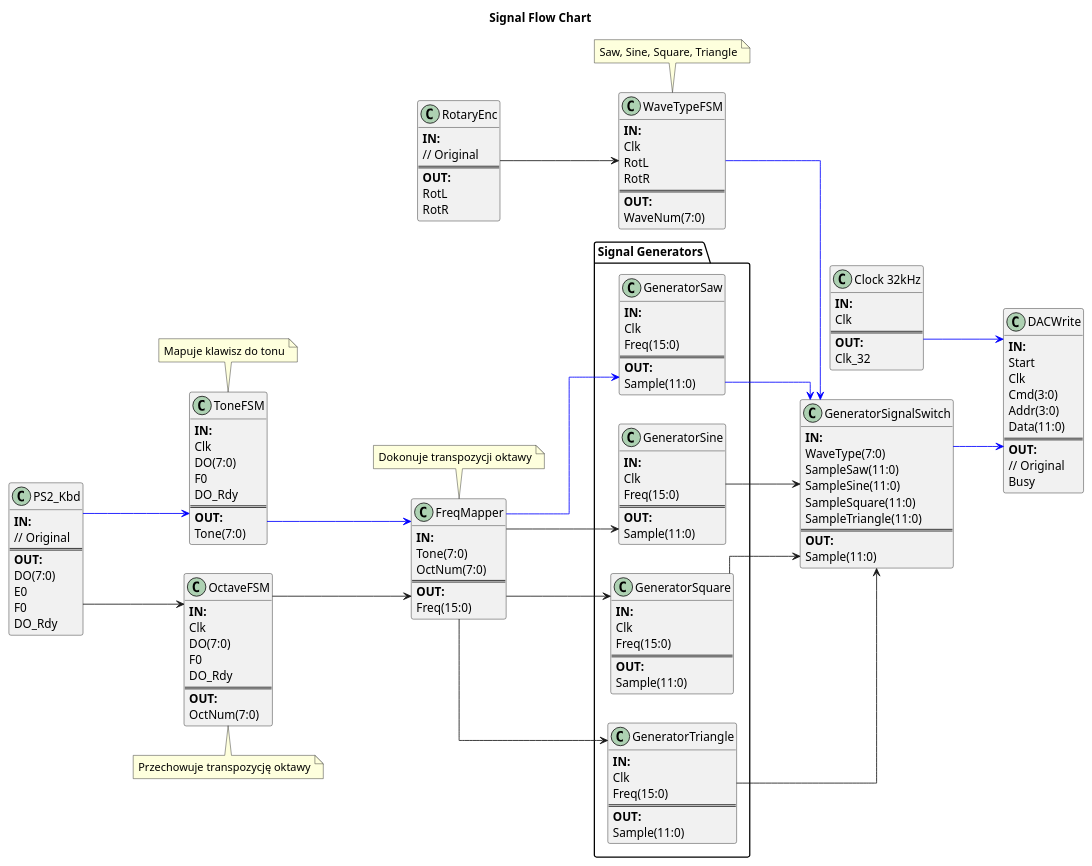
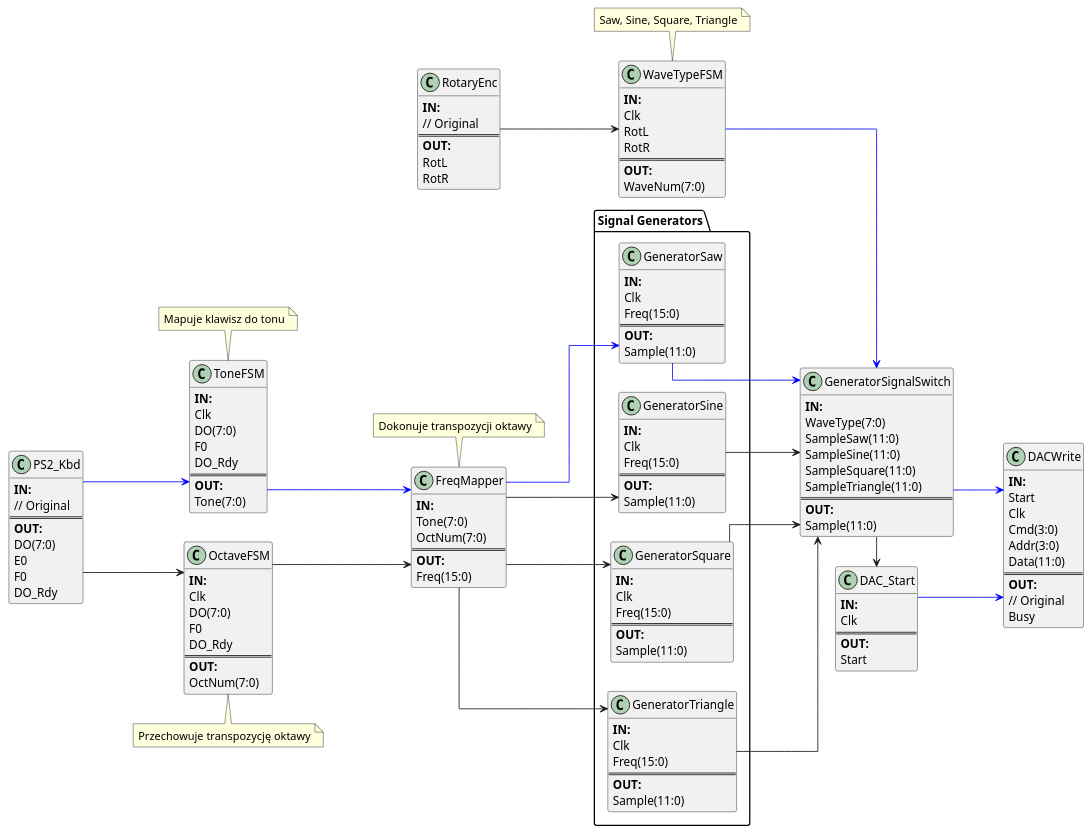
The diagram in docs/src/diagram/src/flowchart.pu (damiankoper/ucisw2), drawn with PlantUML before and after one commit. The commit also changed 12 other files, not shown here.

```diff
--- a/docs/src/diagram/src/flowchart.pu
+++ b/docs/src/diagram/src/flowchart.pu
@@ -1,194 +1,195 @@
 @startuml flow_chart
-title Signal Flow Chart
 left to right direction
 skinparam linetype ortho
 
 
 class "RotaryEnc" as rot {
     <b>IN:</b>
     // Original
     ===
     <b>OUT:</b>
     RotL
     RotR
 }
 
 class "PS2_Kbd" as ps2 {
     <b>IN:</b>
     // Original
     ===
     <b>OUT:</b>
     DO(7:0)
     E0
     F0
     DO_Rdy
 }
 
 ' class "LCDWrite" as lcd {
     '     <b>IN:</b>
     '     ===
     '     <b>OUT:</b>
     '
     '
     '
 
 
     class "DACWrite" as dac {
         <b>IN:</b>
         Start
         Clk
         Cmd(3:0)
         Addr(3:0)
         Data(11:0)
         ===
         <b>OUT:</b>
         // Original
         Busy
     }
 
 
     class "ToneFSM" as tone_fsm{
         <b>IN:</b>
         Clk
         DO(7:0)
         F0
         DO_Rdy
         ===
         <b>OUT:</b>
         Tone(7:0)
     }
 
 
     note top of tone_fsm
         Mapuje klawisz do tonu
     end note
 
 
     class "FreqMapper" as oct_mapper{
         <b>IN:</b>
         Tone(7:0)
         OctNum(7:0)
         ===
         <b>OUT:</b>
         Freq(15:0)
     }
 
 
     note top of oct_mapper
         Dokonuje transpozycji oktawy
     end note
 
     class "OctaveFSM" as oct_fsm{
         <b>IN:</b>
         Clk
         DO(7:0)
         F0
         DO_Rdy
         ===
         <b>OUT:</b>
         OctNum(7:0)
     }
 
     note bottom of oct_fsm
         Przechowuje transpozycję oktawy
     end note
 
     class "WaveTypeFSM" as wave_type_fsm{
         <b>IN:</b>
         Clk
         RotL
         RotR
         ===
         <b>OUT:</b>
         WaveNum(7:0)
     }
 
     note top of wave_type_fsm
         Saw, Sine, Square, Triangle
     end note
 
 
     package "Signal Generators"{
         class "GeneratorSaw" as gen_saw{
             <b>IN:</b>
             Clk
             Freq(15:0)
             ===
             <b>OUT:</b>
             Sample(11:0)
         }
 
         class "GeneratorSine" as gen_sin{
             <b>IN:</b>
             Clk
             Freq(15:0)
             ===
             <b>OUT:</b>
             Sample(11:0)
         }
 
         class "GeneratorSquare" as gen_square{
             <b>IN:</b>
             Clk
             Freq(15:0)
             ===
             <b>OUT:</b>
             Sample(11:0)
         }
 
         class "GeneratorTriangle" as gen_tri{
             <b>IN:</b>
             Clk
             Freq(15:0)
             ===
             <b>OUT:</b>
             Sample(11:0)
         }
     }
 
     class "GeneratorSignalSwitch" as signal_switch{
         <b>IN:</b>
         WaveType(7:0)
         SampleSaw(11:0)
         SampleSine(11:0)
         SampleSquare(11:0)
         SampleTriangle(11:0)
         ===
         <b>OUT:</b>
         Sample(11:0)
     }
 
 
-    class "Clock 32kHz" as clock_32 {
+    class "DAC_Start" as clock_32 {
         <b>IN:</b>
         Clk
         ===
         <b>OUT:</b>
-        Clk_32
+        Start
     }
+
+    signal_switch -> clock_32
 
 
     ps2 -[#0000FF]-> tone_fsm
     ps2 --> oct_fsm
     tone_fsm -[#0000FF]-> oct_mapper
     oct_fsm --> oct_mapper
 
     ' Signal generators
     rot --> wave_type_fsm
 
     oct_mapper -[#0000FF]-> gen_saw
     oct_mapper --> gen_tri
     oct_mapper --> gen_sin
     oct_mapper --> gen_square
 
     wave_type_fsm -[#0000FF]-> signal_switch
 
     gen_saw  -[#0000FF]-> signal_switch
     gen_tri --> signal_switch
     gen_sin --> signal_switch
     gen_square --> signal_switch
 
     signal_switch -[#0000FF]-> dac
     clock_32 -[#0000FF]-> dac
 
     @enduml
```
